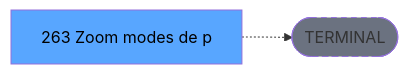
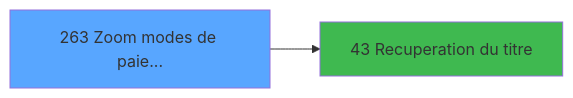
One commit to thonyAGP/magic-migration changed the third of 3 diagrams in .openspec/specs/ADH-IDE-263.md. Above: the diagram before and after it, drawn with Mermaid. The commit also changed other lines of this file and 493 other files, not shown here.

````diff
--- a/.openspec/specs/ADH-IDE-263.md
+++ b/.openspec/specs/ADH-IDE-263.md
@@ -138,8 +188,8 @@
 ```mermaid
 graph LR
-    T[263 Zoom modes de p]
-    TERM([TERMINAL])
-    T -.-> TERM
-    style TERM fill:#6b7280,stroke-dasharray: 5 5
-    style T fill:#58a6ff,color:#000
+    T263[263 Zoom modes de paie...]
+    style T263 fill:#58a6ff
+    C43[43 Recuperation du titre]
+    T263 --> C43
+    style C43 fill:#3fb950
 ```
````
